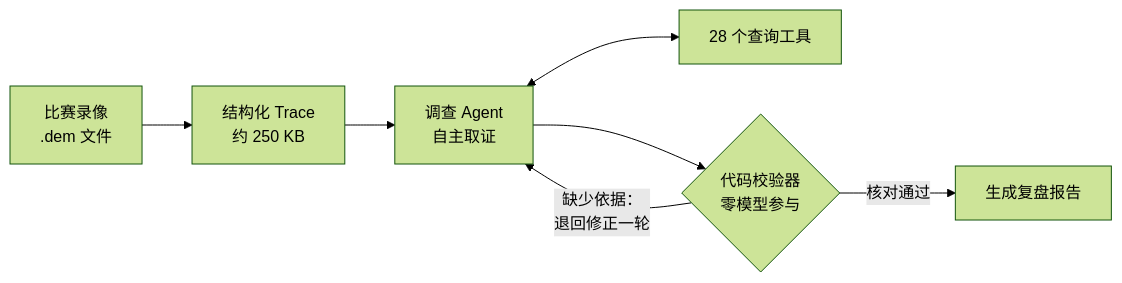
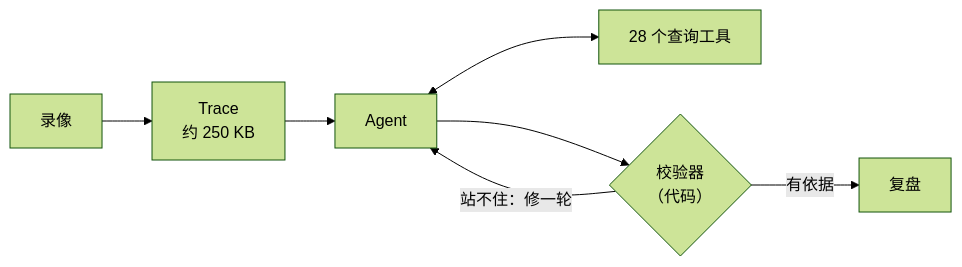
Before and after one commit to qianhaoq/dota2.ai: the diagram in README.zh-CN.md, drawn with Mermaid (forest theme). The commit also changed other lines of this file and 8 other files, not shown here.

````diff
--- a/README.zh-CN.md
+++ b/README.zh-CN.md
@@ -65,9 +101,9 @@
 ```mermaid
 flowchart LR
-    R["比赛录像<br/>.dem 文件"] --> T["结构化 Trace<br/>约 250 KB"]
-    T --> A["调查 Agent<br/>自主取证"]
+    R["录像"] --> T["Trace<br/>约 250 KB"]
+    T --> A["Agent"]
     A <--> L["28 个查询工具"]
-    A --> V{"代码校验器<br/>零模型参与"}
-    V -- "缺少依据：<br/>退回修正一轮" --> A
-    V -- "核对通过" --> D["生成复盘报告"]
+    A --> V{"校验器<br/>（代码）"}
+    V -- "站不住：修一轮" --> A
+    V -- "有依据" --> D["复盘"]
 ```
````
